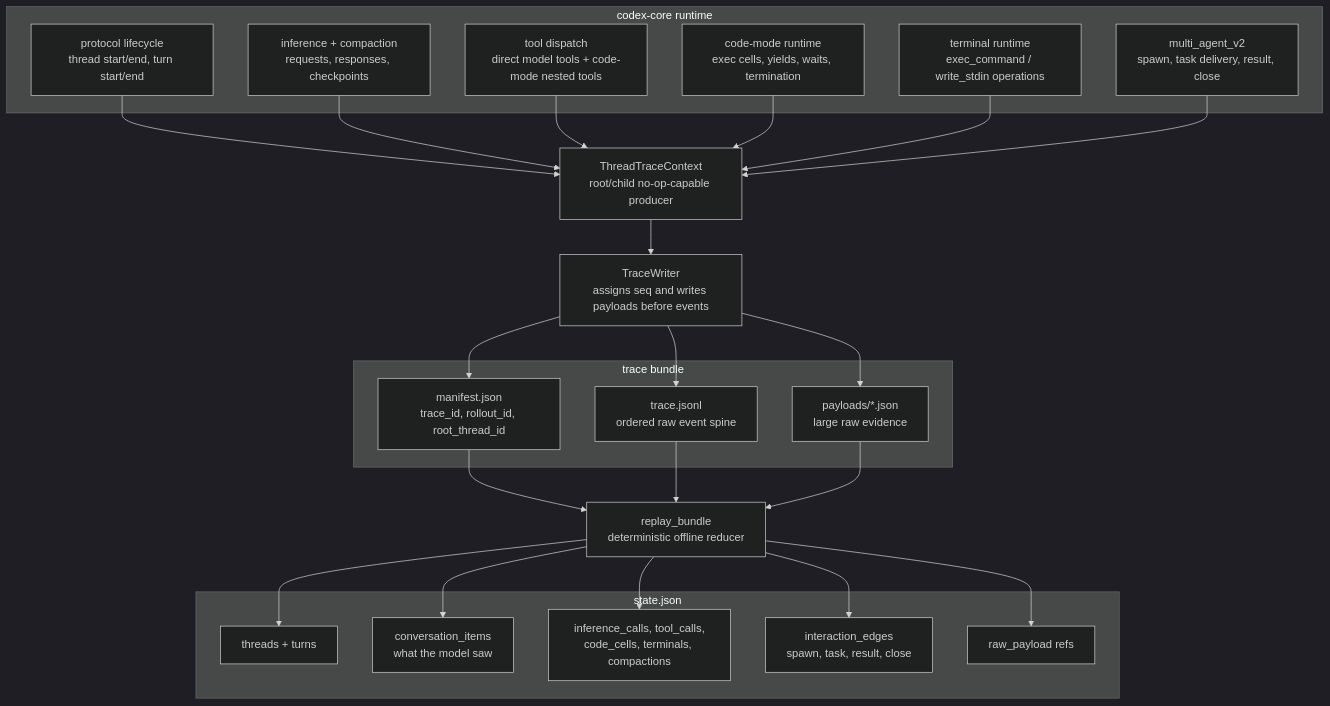
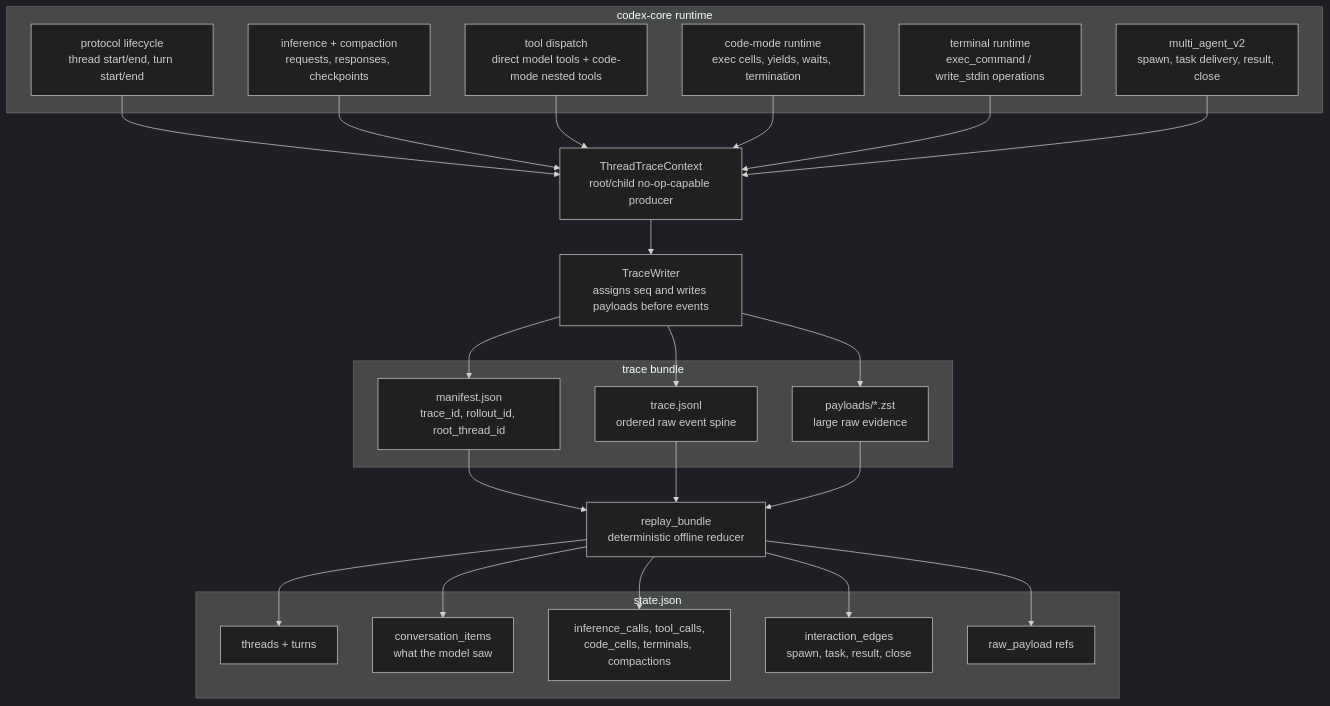
The first of 3 diagrams in codex-rs/rollout-trace/README.md (openai/codex), drawn with Mermaid (dark theme) before and after one commit. The commit also changed other lines of this file and 37 other files, not shown here.

````diff
--- a/codex-rs/rollout-trace/README.md
+++ b/codex-rs/rollout-trace/README.md
@@ -53,52 +53,52 @@
 ```mermaid
 flowchart TD
     subgraph Runtime["codex-core runtime"]
         Protocol["protocol lifecycle\nthread start/end, turn start/end"]
         Inference["inference + compaction\nrequests, responses, checkpoints"]
         Tools["tool dispatch\ndirect model tools + code-mode nested tools"]
         CodeMode["code-mode runtime\nexec cells, yields, waits, termination"]
         Terminal["terminal runtime\nexec_command / write_stdin operations"]
         Agents["multi_agent_v2\nspawn, task delivery, result, close"]
     end
 
     Context["ThreadTraceContext\nroot/child no-op-capable producer"]
     Writer["TraceWriter\nassigns seq and writes payloads before events"]
 
     subgraph Bundle["trace bundle"]
         Manifest["manifest.json\ntrace_id, rollout_id, root_thread_id"]
         Events["trace.jsonl\nordered raw event spine"]
-        Payloads["payloads/*.json\nlarge raw evidence"]
+        Payloads["payloads/*.zst\nlarge raw evidence"]
     end
 
     Reducer["replay_bundle\ndeterministic offline reducer"]
 
     subgraph State["state.json"]
         Threads["threads + turns"]
         Conversation["conversation_items\nwhat the model saw"]
         RuntimeObjects["inference_calls, tool_calls,\ncode_cells, terminals, compactions"]
         Edges["interaction_edges\nspawn, task, result, close"]
         RawRefs["raw_payload refs"]
     end
 
     Protocol --> Context
     Inference --> Context
     Tools --> Context
     CodeMode --> Context
     Terminal --> Context
     Agents --> Context
 
     Context --> Writer
     Writer --> Manifest
     Writer --> Payloads
     Writer --> Events
 
     Manifest --> Reducer
     Events --> Reducer
     Payloads --> Reducer
 
     Reducer --> Threads
     Reducer --> Conversation
     Reducer --> RuntimeObjects
     Reducer --> Edges
     Reducer --> RawRefs
 ```
````
